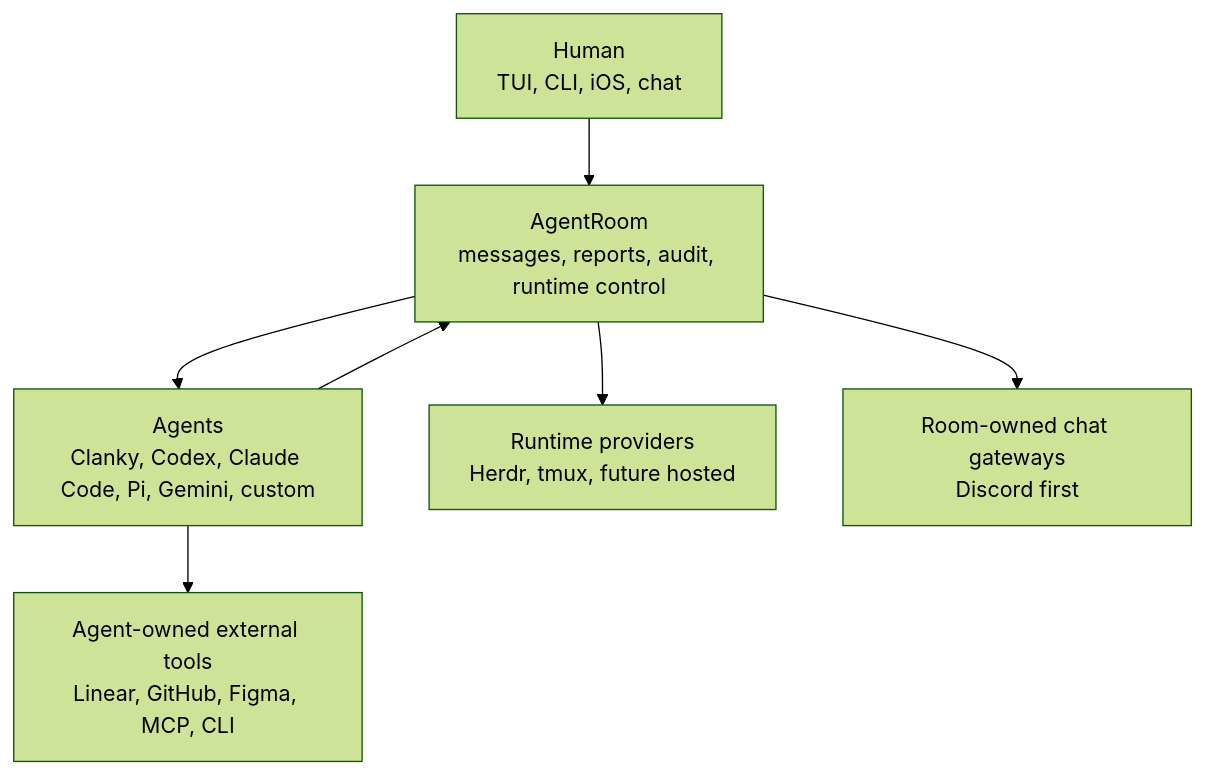
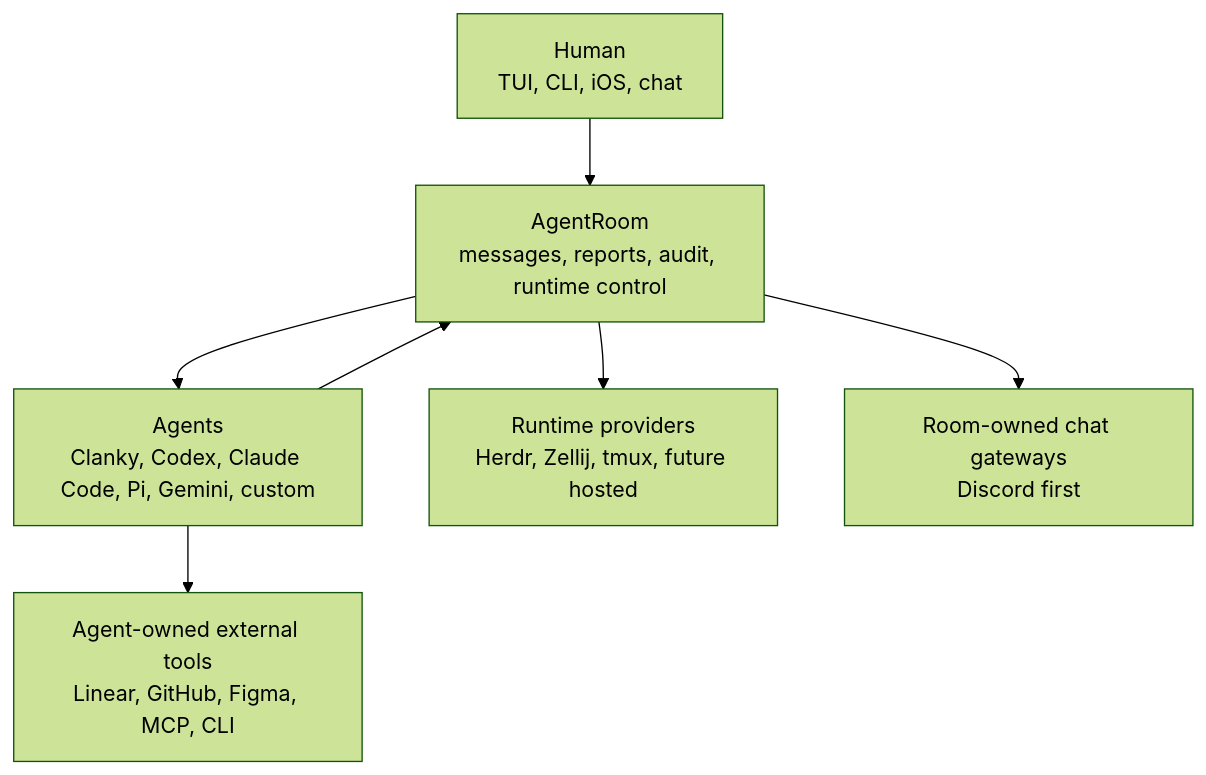
Before and after one commit to Volpestyle/agent-room: the diagram in README.md, drawn with Mermaid (forest theme). The commit also changed other lines of this file and 36 other files, not shown here.

Commit message:
feat: add zellij runtime support

````diff
--- a/README.md
+++ b/README.md
@@ -66,16 +66,16 @@
 ```mermaid
 flowchart TB
   human["Human<br/>TUI, CLI, iOS, chat"]
   room["AgentRoom<br/>messages, reports, audit, runtime control"]
   agents["Agents<br/>Clanky, Codex, Claude Code, Pi, Gemini, custom"]
-  runtimes["Runtime providers<br/>Herdr, tmux, future hosted"]
+  runtimes["Runtime providers<br/>Herdr, Zellij, tmux, future hosted"]
   gateways["Room-owned chat gateways<br/>Discord first"]
   external["Agent-owned external tools<br/>Linear, GitHub, Figma, MCP, CLI"]
 
   human --> room
   room --> agents
   agents --> room
   room --> runtimes
   room --> gateways
   agents --> external
 ```
````
